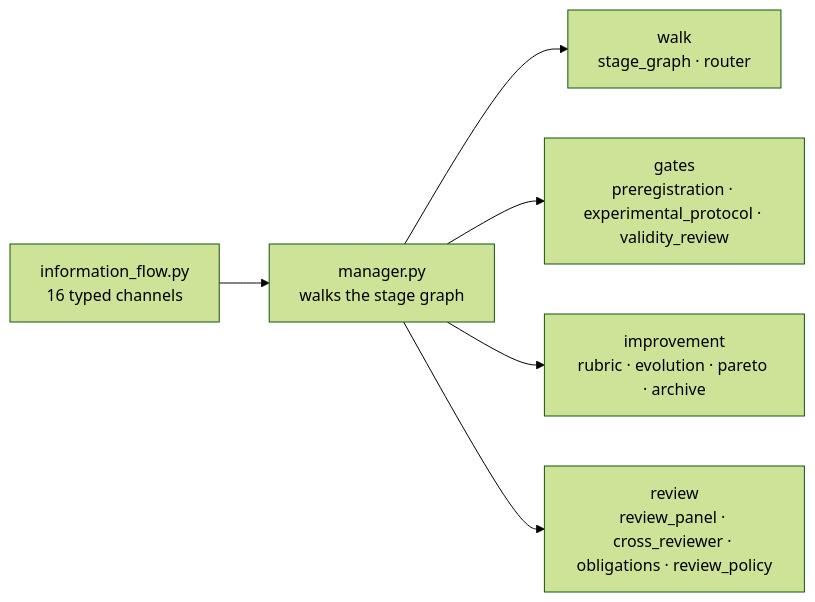
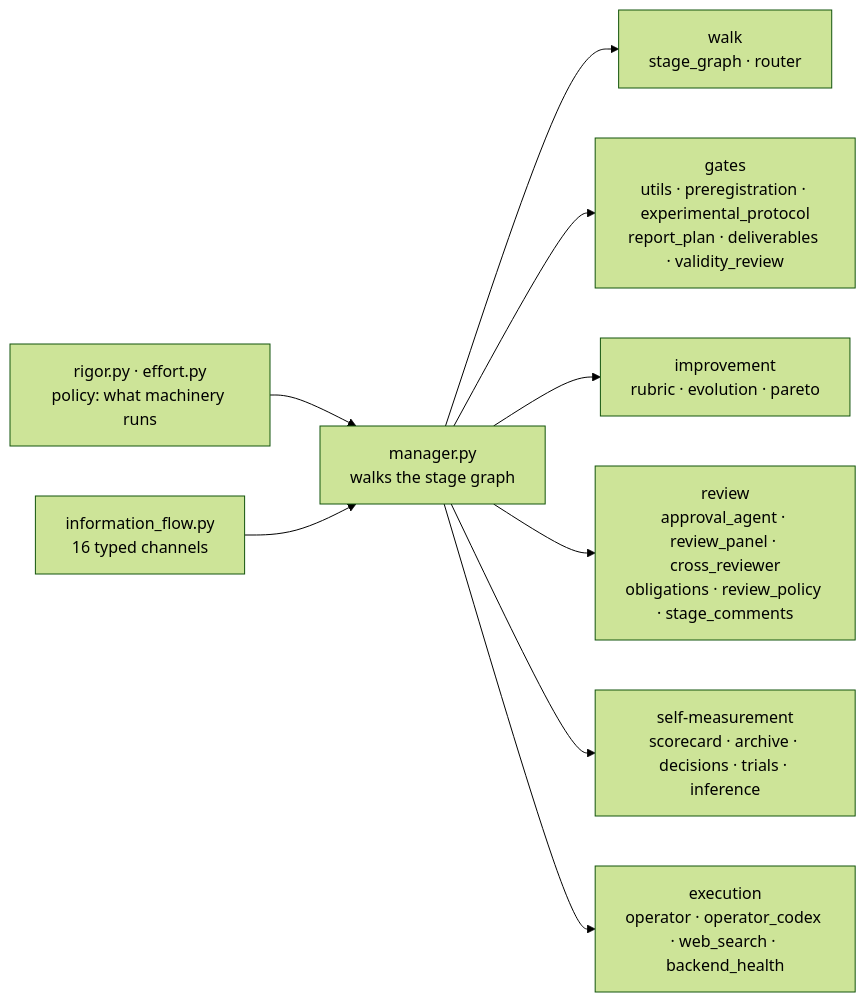
Before and after one commit to tangxiangru/AutoR: the second of 2 diagrams in README.md, drawn with Mermaid (forest theme). The commit also changed other lines of this file and 7 other files, not shown here.

````diff
--- a/README.md
+++ b/README.md
@@ -659,8 +692,11 @@
 ```mermaid
 flowchart LR
+    P[rigor.py · effort.py<br/>policy: what machinery runs] --> M
     C[information_flow.py<br/>16 typed channels] --> M
     M[manager.py<br/>walks the stage graph] --> W[walk<br/>stage_graph · router]
-    M --> G[gates<br/>preregistration · experimental_protocol · validity_review]
-    M --> I[improvement<br/>rubric · evolution · pareto · archive]
-    M --> R[review<br/>review_panel · cross_reviewer · obligations · review_policy]
+    M --> G[gates<br/>utils · preregistration · experimental_protocol<br/>report_plan · deliverables · validity_review]
+    M --> I[improvement<br/>rubric · evolution · pareto]
+    M --> R[review<br/>approval_agent · review_panel · cross_reviewer<br/>obligations · review_policy · stage_comments]
+    M --> S[self-measurement<br/>scorecard · archive · decisions · trials · inference]
+    M --> X[execution<br/>operator · operator_codex · web_search · backend_health]
 ```
````
